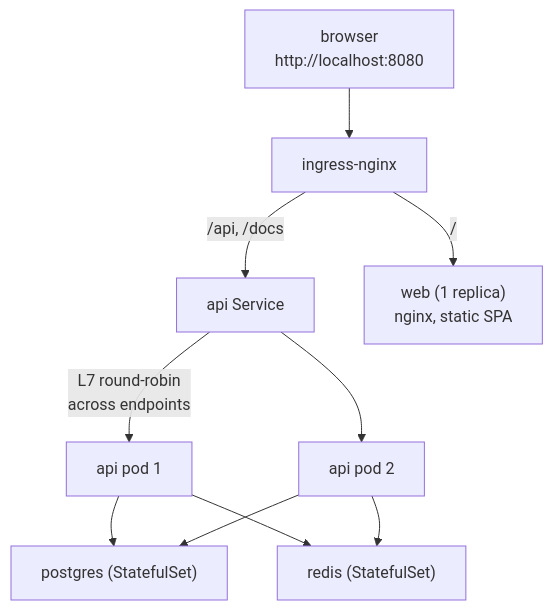
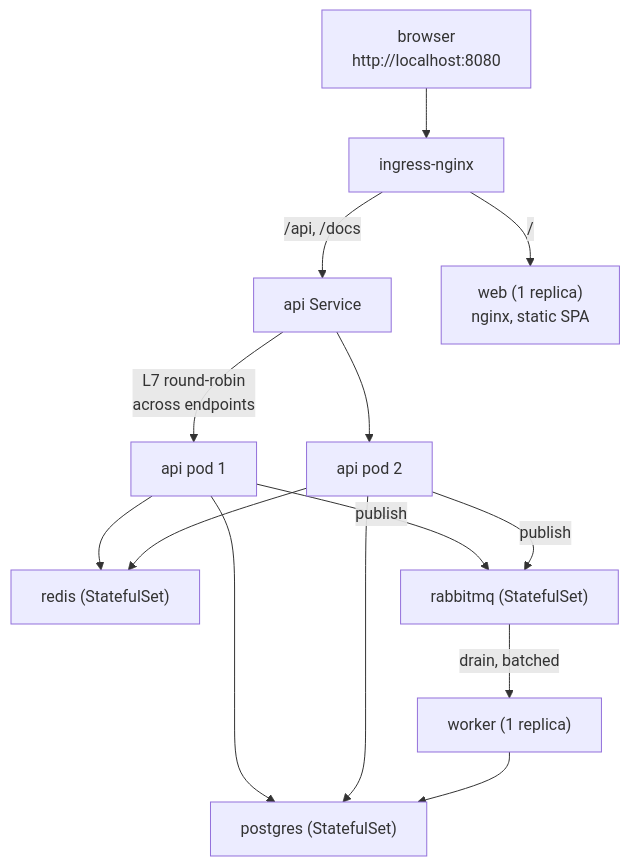
Before and after one commit to jaypeeig/sd-flash-sale: the diagram in k8s/README.md, drawn with Mermaid. The commit also changed other lines of this file and 8 other files, not shown here.

````diff
--- a/k8s/README.md
+++ b/k8s/README.md
@@ -5,12 +5,16 @@
 ```mermaid
 flowchart TD
     Browser["browser<br/>http://localhost:8080"] --> Ingress["ingress-nginx"]
     Ingress -->|"/api, /docs"| ApiSvc["api Service"]
     Ingress -->|"/"| Web["web (1 replica)<br/>nginx, static SPA"]
     ApiSvc -->|"L7 round-robin<br/>across endpoints"| Api1["api pod 1"]
     ApiSvc --> Api2["api pod 2"]
     Api1 --> Postgres["postgres (StatefulSet)"]
     Api1 --> Redis["redis (StatefulSet)"]
+    Api1 -->|"publish"| Rabbitmq["rabbitmq (StatefulSet)"]
     Api2 --> Postgres
     Api2 --> Redis
+    Api2 -->|"publish"| Rabbitmq
+    Rabbitmq -->|"drain, batched"| Worker["worker (1 replica)"]
+    Worker --> Postgres
 ```
````
